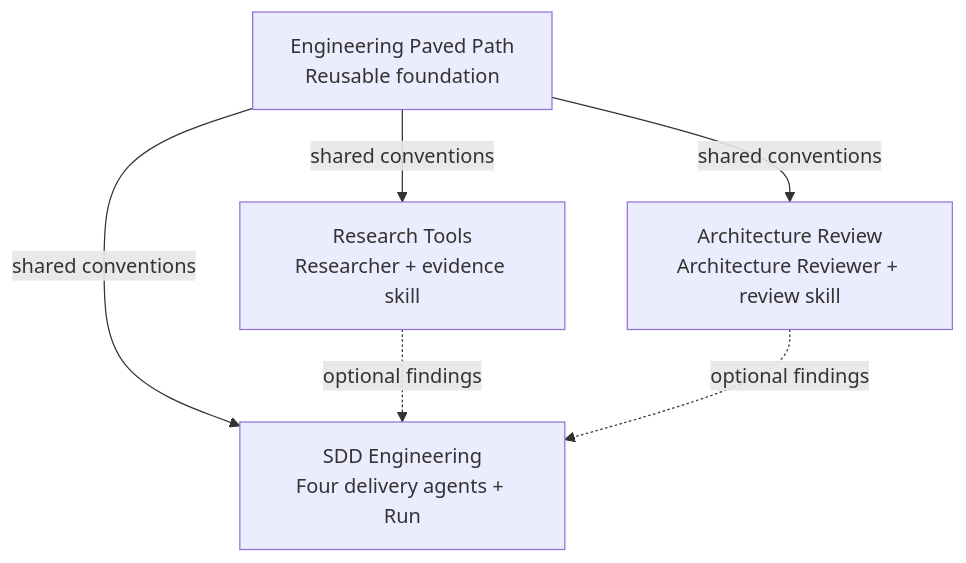
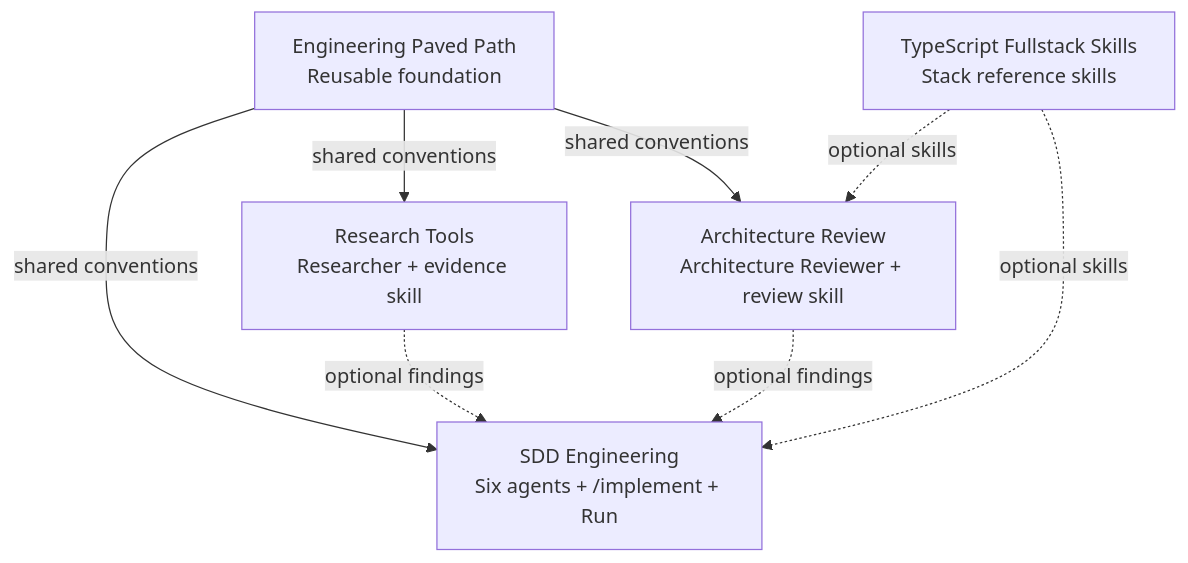
Before and after one commit to natata7/dev-digest-ai-marketplace: the first of 2 diagrams in docs/PLUGIN-ECOSYSTEM-SPEC.md, drawn with Mermaid. The commit also changed other lines of this file and 154 other files, not shown here.

Commit message:
Add Zod schema references for coercion, string validations, enums, and type safety

````diff
--- a/docs/PLUGIN-ECOSYSTEM-SPEC.md
+++ b/docs/PLUGIN-ECOSYSTEM-SPEC.md
@@ -49,13 +57,16 @@
 ```mermaid
 flowchart TD
   paved["Engineering Paved Path<br/>Reusable foundation"]
   research["Research Tools<br/>Researcher + evidence skill"]
   architecture["Architecture Review<br/>Architecture Reviewer + review skill"]
-  sdd["SDD Engineering<br/>Four delivery agents + Run"]
+  sdd["SDD Engineering<br/>Six agents + /implement + Run"]
+  stack["TypeScript Fullstack Skills<br/>Stack reference skills"]
 
   paved -->|shared conventions| research
   paved -->|shared conventions| architecture
   paved -->|shared conventions| sdd
   research -.->|optional findings| sdd
   architecture -.->|optional findings| sdd
+  stack -.->|optional skills| architecture
+  stack -.->|optional skills| sdd
 ```
````
